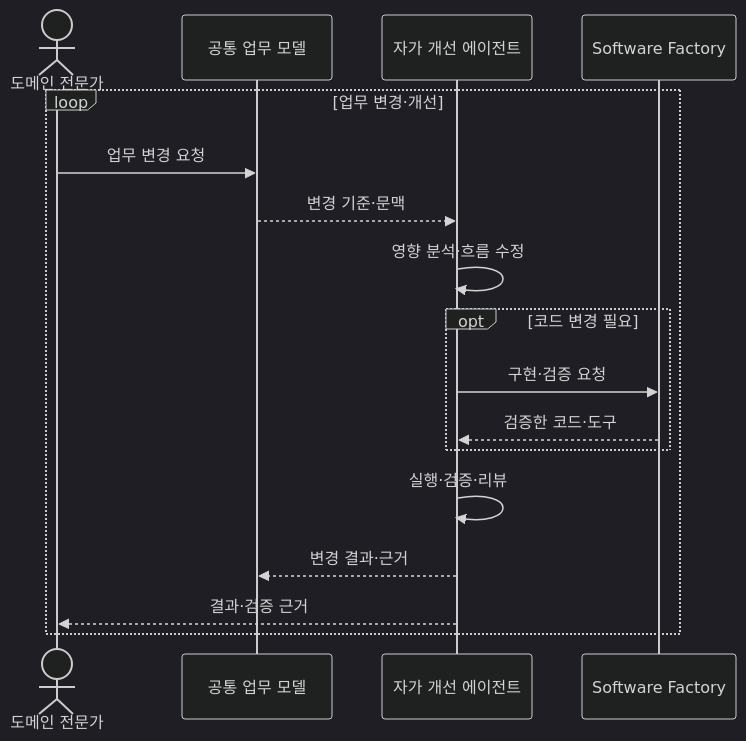
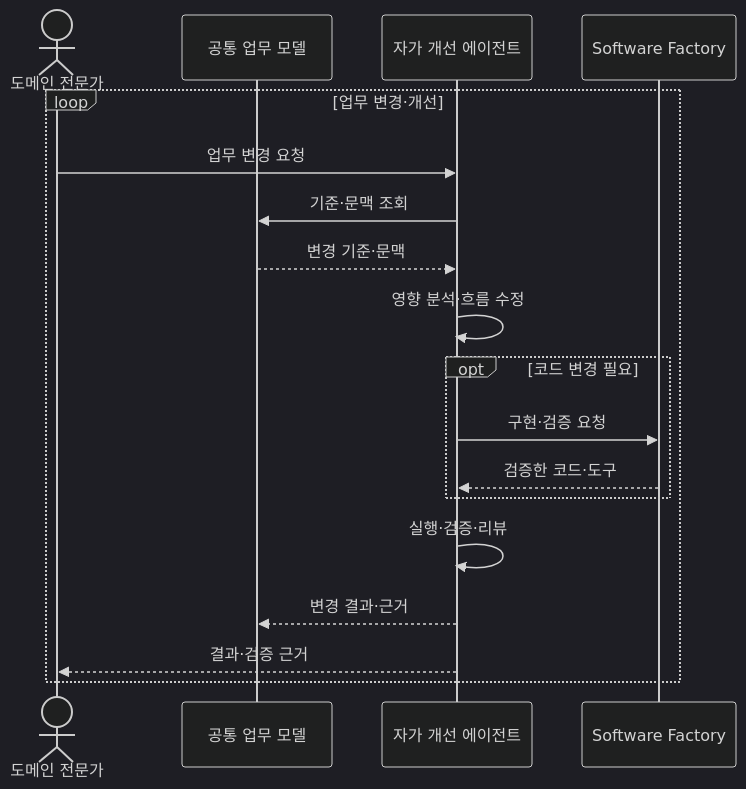
One commit to haandol/haandol.github.com changed the third of 3 diagrams in _posts/2026-11-05-enterprise-wide-ax-essentials.md. Above: the diagram before and after it, drawn with Mermaid (dark theme). The commit also changed other lines of this file and 1 other file, not shown here.

````diff
--- a/_posts/2026-11-05-enterprise-wide-ax-essentials.md
+++ b/_posts/2026-11-05-enterprise-wide-ax-essentials.md
@@ -413,19 +162,20 @@
 ```mermaid
 sequenceDiagram
   actor O as 도메인 전문가
   participant K as 공통 업무 모델
   participant A as 자가 개선 에이전트
   participant F as Software Factory
   loop 업무 변경·개선
-    O->>K: 업무 변경 요청
+    O->>A: 업무 변경 요청
+    A->>K: 기준·문맥 조회
     K-->>A: 변경 기준·문맥
     A->>A: 영향 분석·흐름 수정
     opt 코드 변경 필요
       A->>F: 구현·검증 요청
       F-->>A: 검증한 코드·도구
     end
     A->>A: 실행·검증·리뷰
     A-->>K: 변경 결과·근거
     A-->>O: 결과·검증 근거
   end
 ```
````
